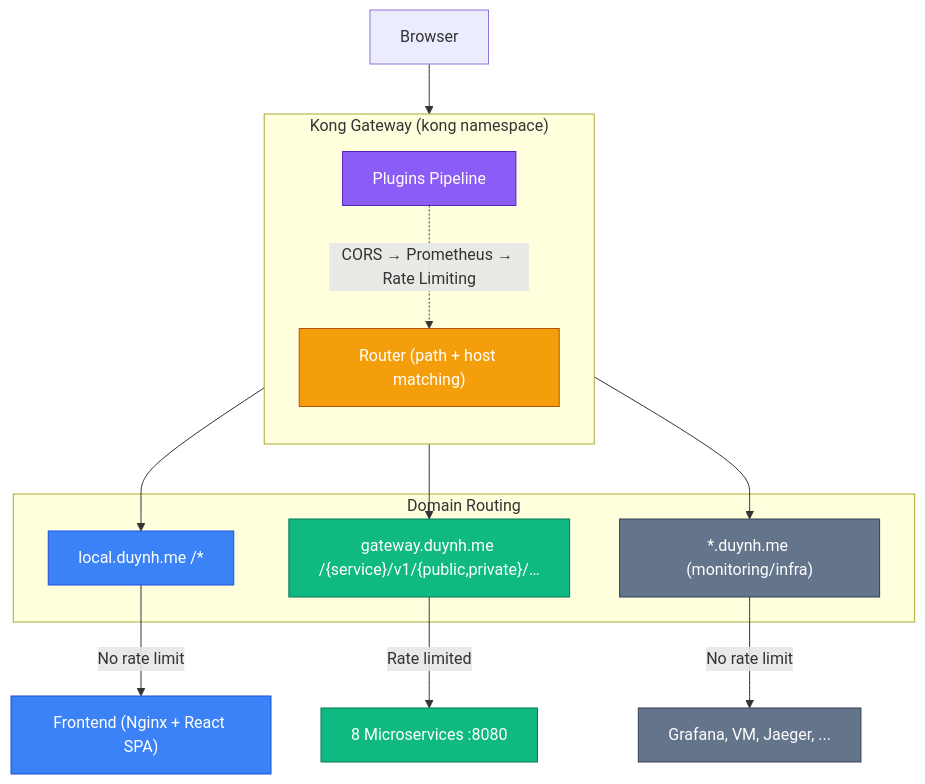
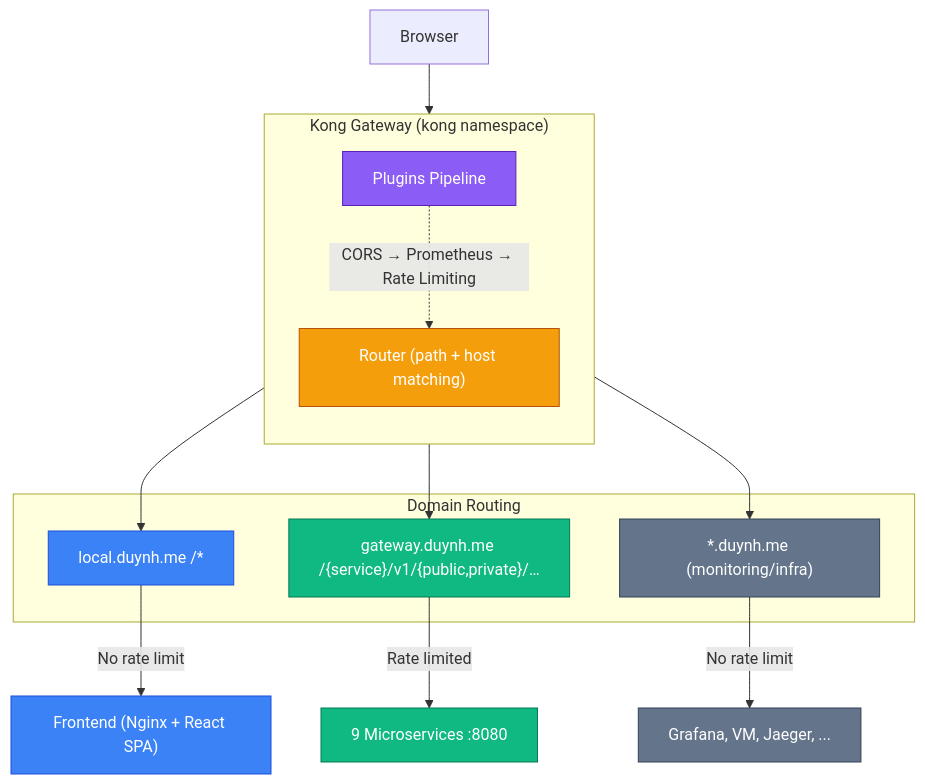
Before and after one commit to duynhlab/homelab: the first of 5 diagrams in docs/platform/kong-gateway.md, drawn with Mermaid. The commit also changed other lines of this file and 43 other files, not shown here.

````diff
--- a/docs/platform/kong-gateway.md
+++ b/docs/platform/kong-gateway.md
@@ -127,33 +127,33 @@
 ```mermaid
 flowchart TD
     classDef fe fill:#3b82f6,stroke:#1d4ed8,color:#fff
     classDef gw fill:#f59e0b,stroke:#b45309,color:#fff
     classDef api fill:#10b981,stroke:#047857,color:#fff
     classDef plugin fill:#8b5cf6,stroke:#5b21b6,color:#fff
     classDef infra fill:#64748b,stroke:#334155,color:#fff
 
     Browser["Browser"]
 
     subgraph Kong["Kong Gateway (kong namespace)"]
         direction TB
         Plugins["Plugins Pipeline"]:::plugin
         Router["Router (path + host matching)"]:::gw
     end
 
     subgraph Domains["Domain Routing"]
         FERoute["local.duynh.me /*"]:::fe
         APIRoute["gateway.duynh.me /{service}/v1/{public,private}/…"]:::api
         MonRoute["*.duynh.me (monitoring/infra)"]:::infra
     end
 
     Browser --> Kong
     Kong --> FERoute
     Kong --> APIRoute
     Kong --> MonRoute
 
     FERoute -->|"No rate limit"| FE["Frontend (Nginx + React SPA)"]:::fe
-    APIRoute -->|"Rate limited"| APIs["8 Microservices :8080"]:::api
+    APIRoute -->|"Rate limited"| APIs["9 Microservices :8080"]:::api
     MonRoute -->|"No rate limit"| Infra["Grafana, VM, Jaeger, ..."]:::infra
 
     Plugins -.->|"CORS → Prometheus → Rate Limiting"| Router
 ```
````
